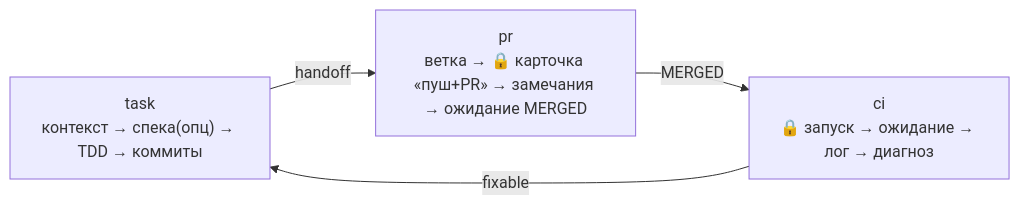
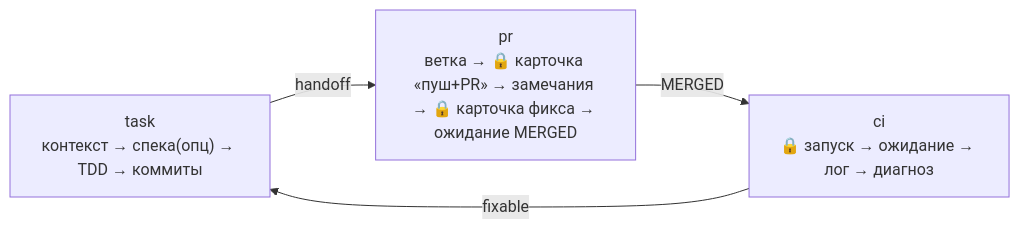
The diagram in extensions/ship-kit/docs/ship-kit.md (assistantoleg1809/share), drawn with Mermaid before and after one commit. The commit also changed other lines of this file and 13 other files, not shown here.

````diff
--- a/extensions/ship-kit/docs/ship-kit.md
+++ b/extensions/ship-kit/docs/ship-kit.md
@@ -6,6 +6,6 @@
 ```mermaid
 flowchart LR
-    T["task<br/>контекст → спека(опц) → TDD → коммиты"] -->|handoff| P["pr<br/>ветка → 🔒 карточка «пуш+PR» → замечания → ожидание MERGED"]
+    T["task<br/>контекст → спека(опц) → TDD → коммиты"] -->|handoff| P["pr<br/>ветка → 🔒 карточка «пуш+PR» → замечания → 🔒 карточка фикса → ожидание MERGED"]
     P -->|"MERGED"| C["ci<br/>🔒 запуск → ожидание → лог → диагноз"]
     C -->|"fixable"| T
 ```
````
